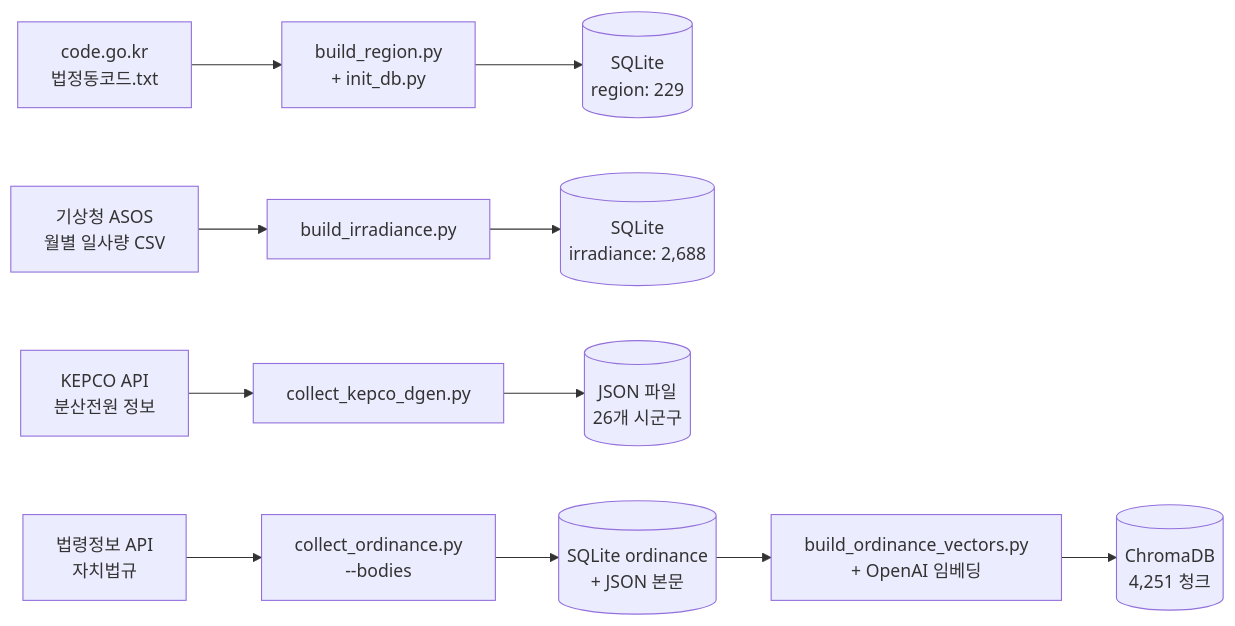
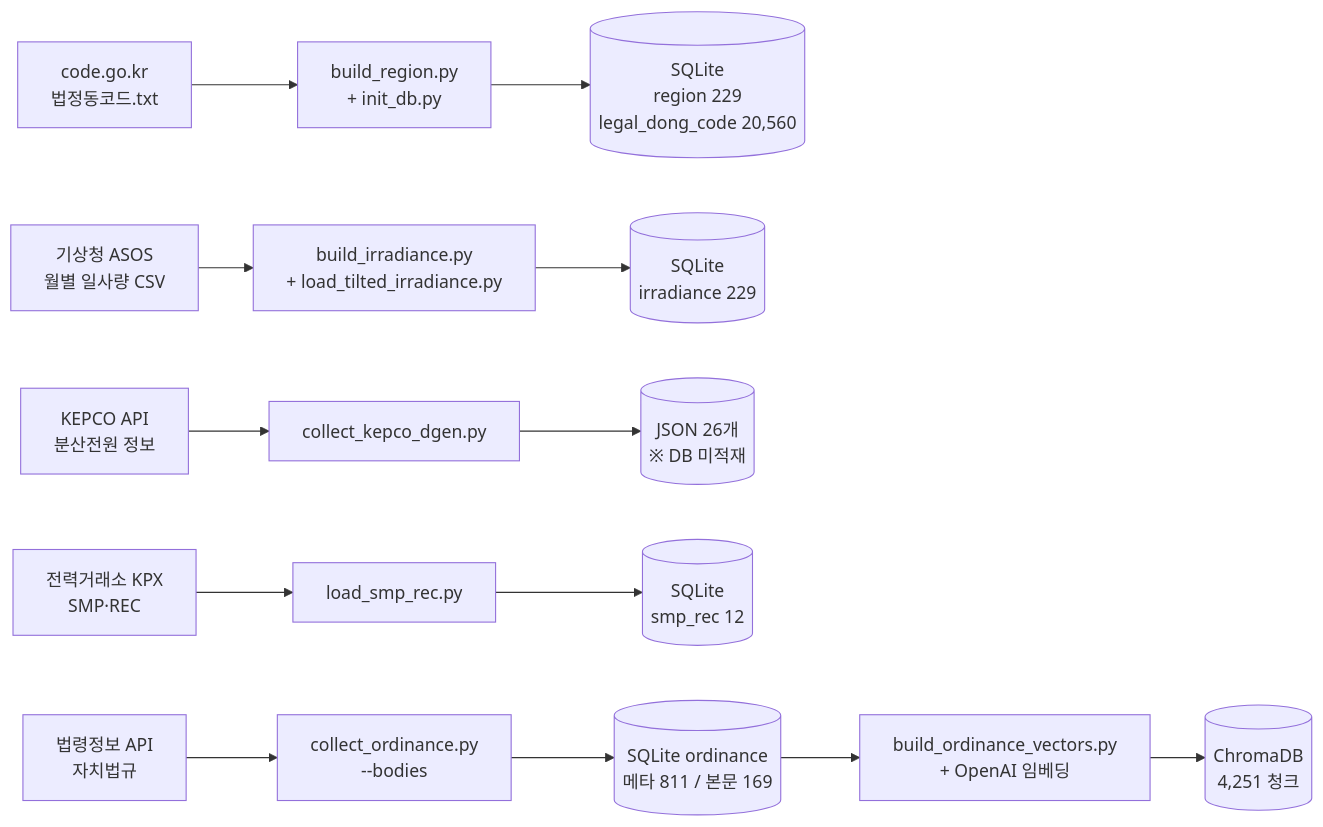
The third of 6 diagrams in ARCHITECTURE.md (irishsun51/solarfit), drawn with Mermaid before and after one commit. The commit also changed other lines of this file, not shown here.

Commit message:
docs: 아키텍처 다이어그램 최신화 (pages 구조, DB 스키마 한글명)

````diff
--- a/ARCHITECTURE.md
+++ b/ARCHITECTURE.md
@@ -109,16 +113,19 @@
 ```mermaid
 flowchart LR
     A1[code.go.kr<br/>법정동코드.txt] --> B1[build_region.py<br/>+ init_db.py]
-    B1 --> C1[(SQLite<br/>region: 229)]
+    B1 --> C1[(SQLite<br/>region 229<br/>legal_dong_code 20,560)]
 
-    A2[기상청 ASOS<br/>월별 일사량 CSV] --> B2[build_irradiance.py]
-    B2 --> C2[(SQLite<br/>irradiance: 2,688)]
+    A2[기상청 ASOS<br/>월별 일사량 CSV] --> B2[build_irradiance.py<br/>+ load_tilted_irradiance.py]
+    B2 --> C2[(SQLite<br/>irradiance 229)]
 
     A3[KEPCO API<br/>분산전원 정보] --> B3[collect_kepco_dgen.py]
-    B3 --> C3[(JSON 파일<br/>26개 시군구)]
+    B3 --> C3[(JSON 26개<br/>※ DB 미적재)]
+
+    A5[전력거래소 KPX<br/>SMP·REC] --> B6[load_smp_rec.py]
+    B6 --> C6[(SQLite<br/>smp_rec 12)]
 
     A4[법령정보 API<br/>자치법규] --> B4[collect_ordinance.py<br/>--bodies]
-    B4 --> C4[(SQLite ordinance<br/>+ JSON 본문)]
+    B4 --> C4[(SQLite ordinance<br/>메타 811 / 본문 169)]
     C4 --> B5[build_ordinance_vectors.py<br/>+ OpenAI 임베딩]
     B5 --> C5[(ChromaDB<br/>4,251 청크)]
 ```
````
